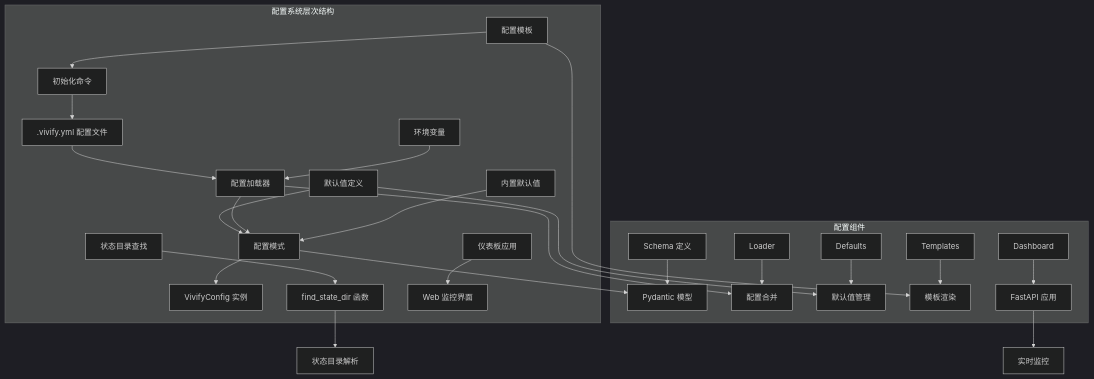
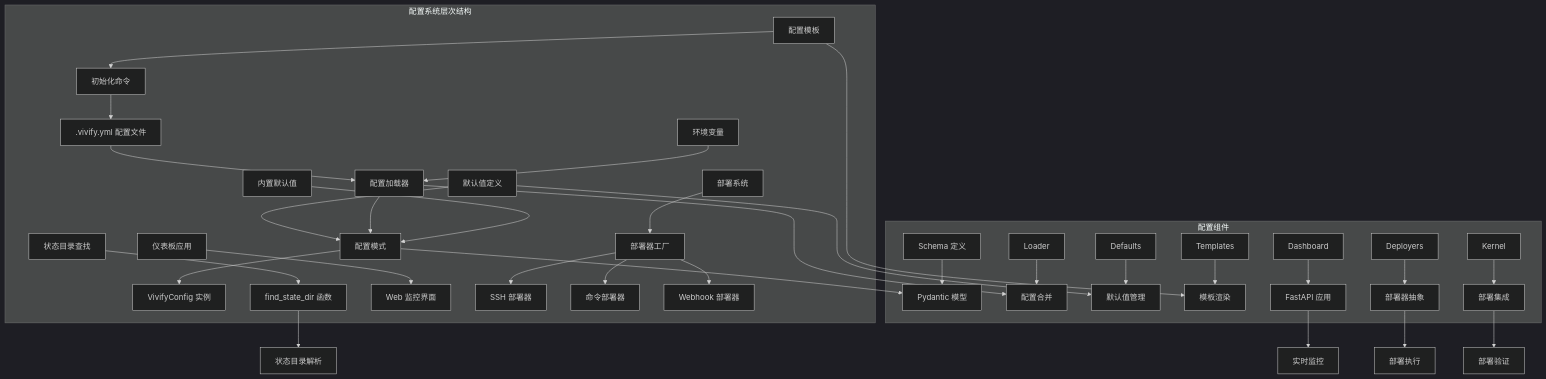
Before and after one commit to pinsonchen/vivify: the first of 9 diagrams in .qoder/repowiki/zh/content/技术实现参考/配置文件更新/配置文件更新.md, drawn with Mermaid (dark theme). The commit also changed other lines of this file and 4 other files, not shown here.

````diff
--- a/.qoder/repowiki/zh/content/技术实现参考/配置文件更新/配置文件更新.md
+++ b/.qoder/repowiki/zh/content/技术实现参考/配置文件更新/配置文件更新.md
@@ -62,28 +72,36 @@
 ```mermaid
 graph TB
 subgraph "配置系统层次结构"
 A[.vivify.yml 配置文件] --> B[配置加载器]
 C[配置模板] --> D[初始化命令]
 E[默认值定义] --> F[配置模式]
 B --> F
 D --> A
 F --> G[VivifyConfig 实例]
 H[环境变量] --> B
 I[内置默认值] --> F
 J[状态目录查找] --> K[find_state_dir 函数]
 L[仪表板应用] --> M[Web 监控界面]
+N[部署系统] --> O[部署器工厂]
+O --> P[SSH 部署器]
+O --> Q[命令部署器]
+O --> R[Webhook 部署器]
 end
 subgraph "配置组件"
-N[Schema 定义] --> O[Pydantic 模型]
-P[Loader] --> Q[配置合并]
-R[Defaults] --> S[默认值管理]
-T[Templates] --> U[模板渲染]
-V[Dashboard] --> W[FastAPI 应用]
+S[Schema 定义] --> T[Pydantic 模型]
+U[Loader] --> V[配置合并]
+W[Defaults] --> X[默认值管理]
+Y[Templates] --> Z[模板渲染]
+AA[Dashboard] --> BB[FastAPI 应用]
+CC[Deployers] --> DD[部署器抽象]
+EE[Kernel] --> FF[部署集成]
 end
-F --> O
-B --> Q
-E --> S
-C --> U
-K --> X[状态目录解析]
-W --> Y[实时监控]
+F --> T
+B --> V
+E --> X
+C --> Z
+K --> GG[状态目录解析]
+BB --> HH[实时监控]
+DD --> II[部署执行]
+FF --> JJ[部署验证]
 ```
````
